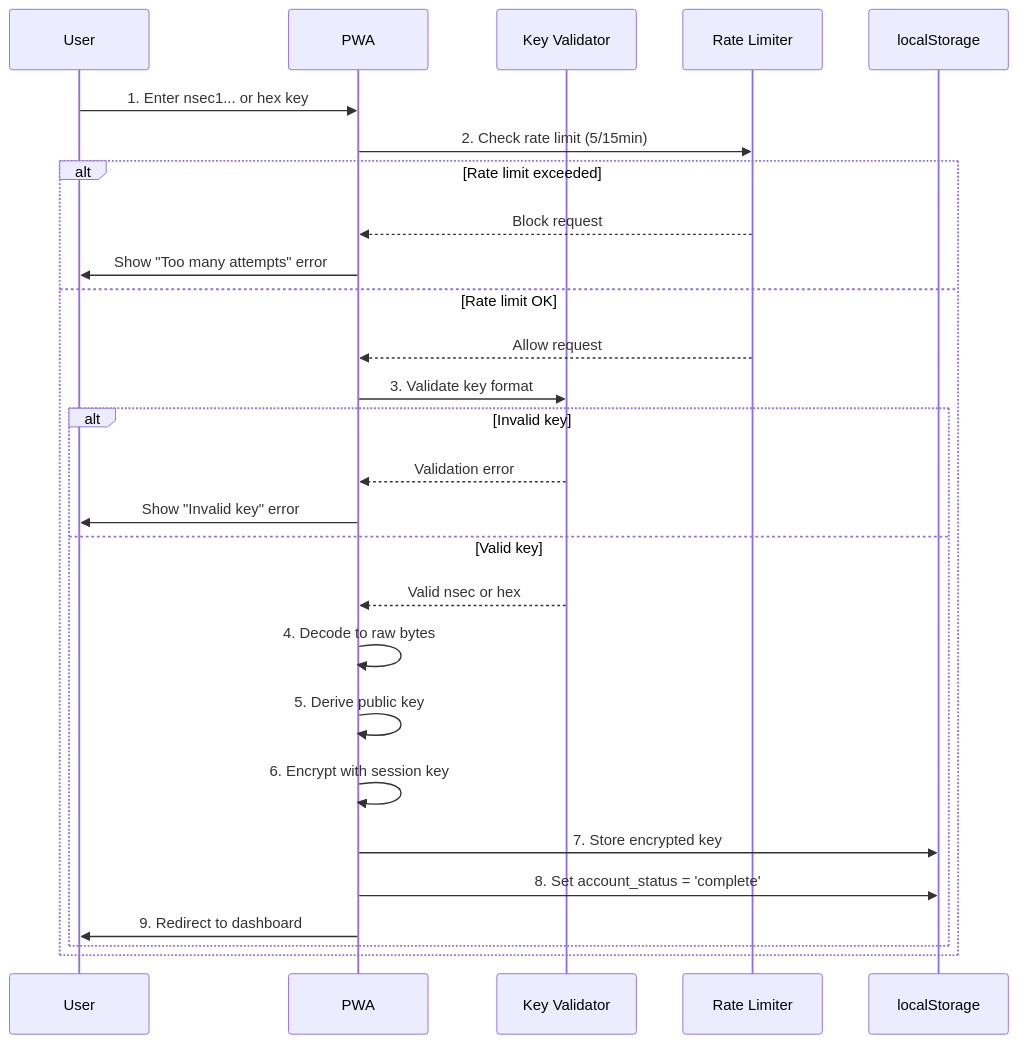
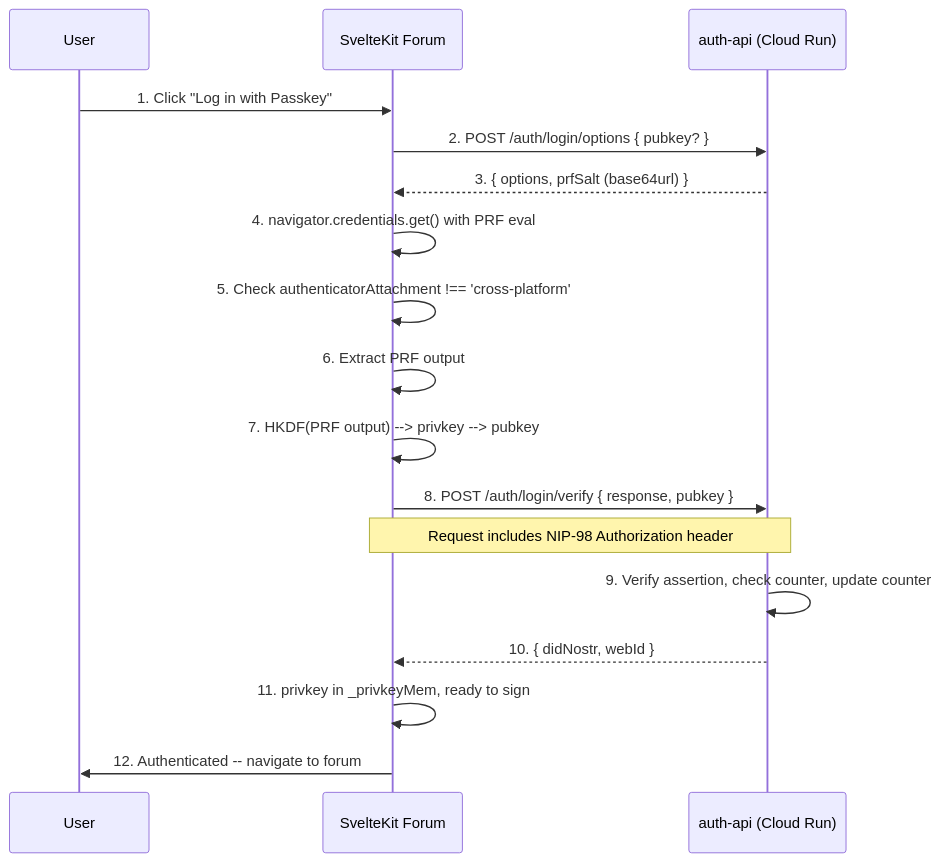
The second of 2 diagrams in docs/features/authentication.md (DreamLab-AI/dreamlab-ai-website), drawn with Mermaid before and after one commit. The commit also changed other lines of this file and 49 other files, not shown here.

````diff
--- a/docs/features/authentication.md
+++ b/docs/features/authentication.md
@@ -58,32 +103,23 @@
 ```mermaid
 sequenceDiagram
     participant User
-    participant App as PWA
-    participant Validator as Key Validator
-    participant RateLimit as Rate Limiter
-    participant Storage as localStorage
+    participant Client as SvelteKit Forum
+    participant AuthAPI as auth-api (Cloud Run)
 
-    User->>App: 1. Enter nsec1... or hex key
-    App->>RateLimit: 2. Check rate limit (5/15min)
+    User->>Client: 1. Click "Log in with Passkey"
+    Client->>AuthAPI: 2. POST /auth/login/options { pubkey? }
+    AuthAPI-->>Client: 3. { options, prfSalt (base64url) }
 
-    alt Rate limit exceeded
-        RateLimit-->>App: Block request
-        App->>User: Show "Too many attempts" error
-    else Rate limit OK
-        RateLimit-->>App: Allow request
-        App->>Validator: 3. Validate key format
+    Client->>Client: 4. navigator.credentials.get() with PRF eval
+    Client->>Client: 5. Check authenticatorAttachment !== 'cross-platform'
+    Client->>Client: 6. Extract PRF output
+    Client->>Client: 7. HKDF(PRF output) --> privkey --> pubkey
 
-        alt Invalid key
-            Validator-->>App: Validation error
-            App->>User: Show "Invalid key" error
-        else Valid key
-            Validator-->>App: Valid nsec or hex
-            App->>App: 4. Decode to raw bytes
-            App->>App: 5. Derive public key
-            App->>App: 6. Encrypt with session key
-            App->>Storage: 7. Store encrypted key
-            App->>Storage: 8. Set account_status = 'complete'
-            App->>User: 9. Redirect to dashboard
-        end
-    end
+    Client->>AuthAPI: 8. POST /auth/login/verify { response, pubkey }
+    Note over Client,AuthAPI: Request includes NIP-98 Authorization header
+    AuthAPI->>AuthAPI: 9. Verify assertion, check counter, update counter
+    AuthAPI-->>Client: 10. { didNostr, webId }
+
+    Client->>Client: 11. privkey in _privkeyMem, ready to sign
+    Client->>User: 12. Authenticated -- navigate to forum
 ```
````
